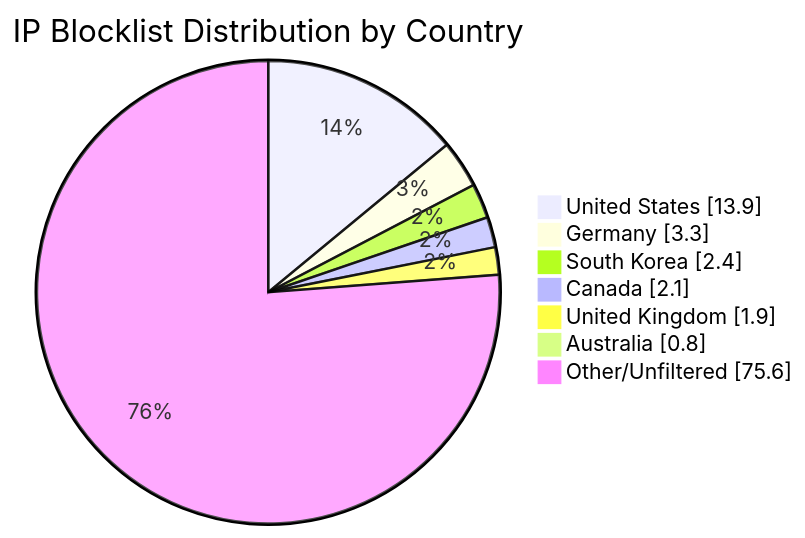
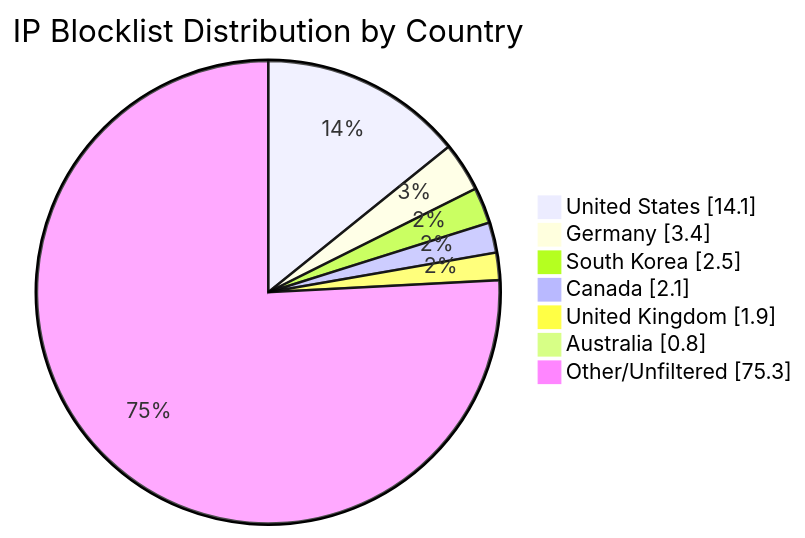
One commit to MarcusHoltz/ipblocklist-geofiltered-aggregator changed the diagram in README.md. Above: the diagram before and after it, drawn with Mermaid. The commit also changed other lines of this file and 9 other files, not shown here.

````diff
--- a/README.md
+++ b/README.md
@@ -34,10 +34,10 @@
 ```mermaid
 pie showData title IP Blocklist Distribution by Country
-"United States" : 13.9
-"Germany" : 3.3
-"South Korea" : 2.4
+"United States" : 14.1
+"Germany" : 3.4
+"South Korea" : 2.5
 "Canada" : 2.1
 "United Kingdom" : 1.9
 "Australia" : 0.8
-"Other/Unfiltered" : 75.6
+"Other/Unfiltered" : 75.3
 ```
````
